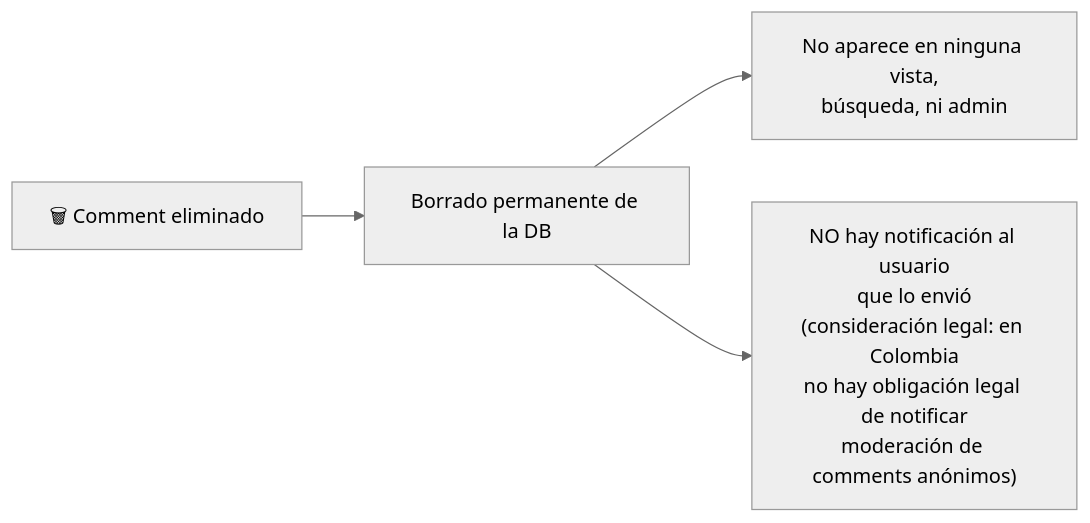
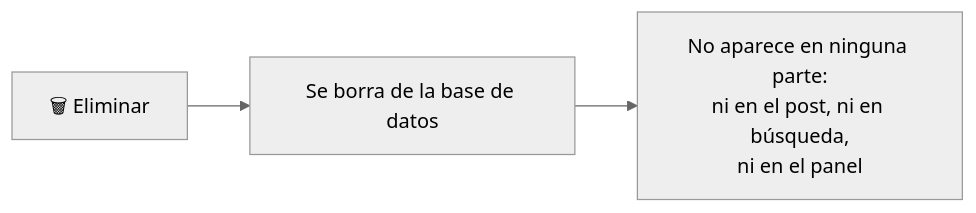
The fifth of 5 diagrams in docs/diagramas/user/como-comentar.md (naujrevilo/plocos_astro), drawn with Mermaid (neutral theme) before and after one commit. The commit also changed other lines of this file and 3 other files, not shown here.

First line of the commit message:
docs(user): simplify como-comentar + remove client-irrelevant diagrams

````diff
--- a/docs/diagramas/user/como-comentar.md
+++ b/docs/diagramas/user/como-comentar.md
@@ -98,6 +95,5 @@
 ```mermaid
 flowchart LR
-    Deleted["🗑 Comment eliminado"] --> Gone["Borrado permanente de la DB"]
-    Gone --> NoTrace["No aparece en ninguna vista,<br/>búsqueda, ni admin"]
-    Gone --> NoNotify["NO hay notificación al usuario<br/>que lo envió<br/>(consideración legal: en Colombia<br/>no hay obligación legal de notificar<br/>moderación de comments anónimos)"]
+    Eliminar["🗑 Eliminar"] --> Borrado["Se borra de la base de datos"]
+    Borrado --> Invisible["No aparece en ninguna parte:<br/>ni en el post, ni en búsqueda,<br/>ni en el panel"]
 ```
````
